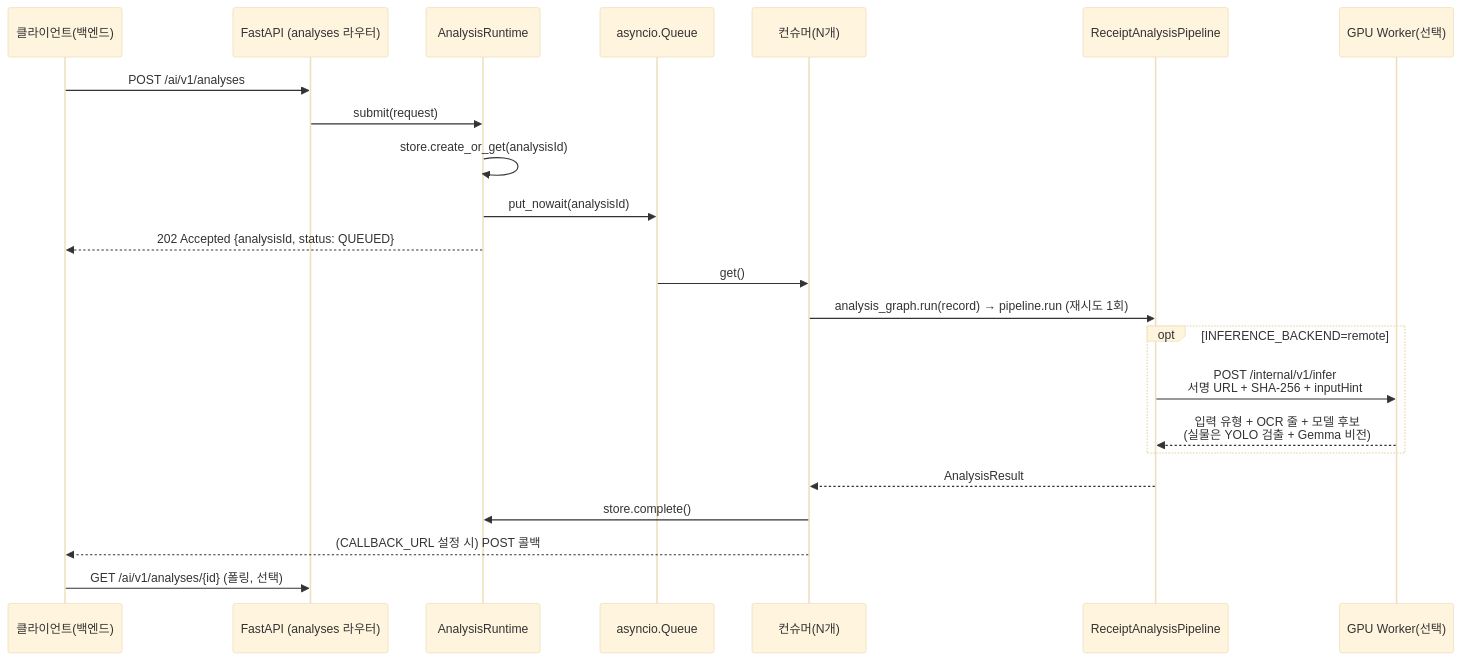
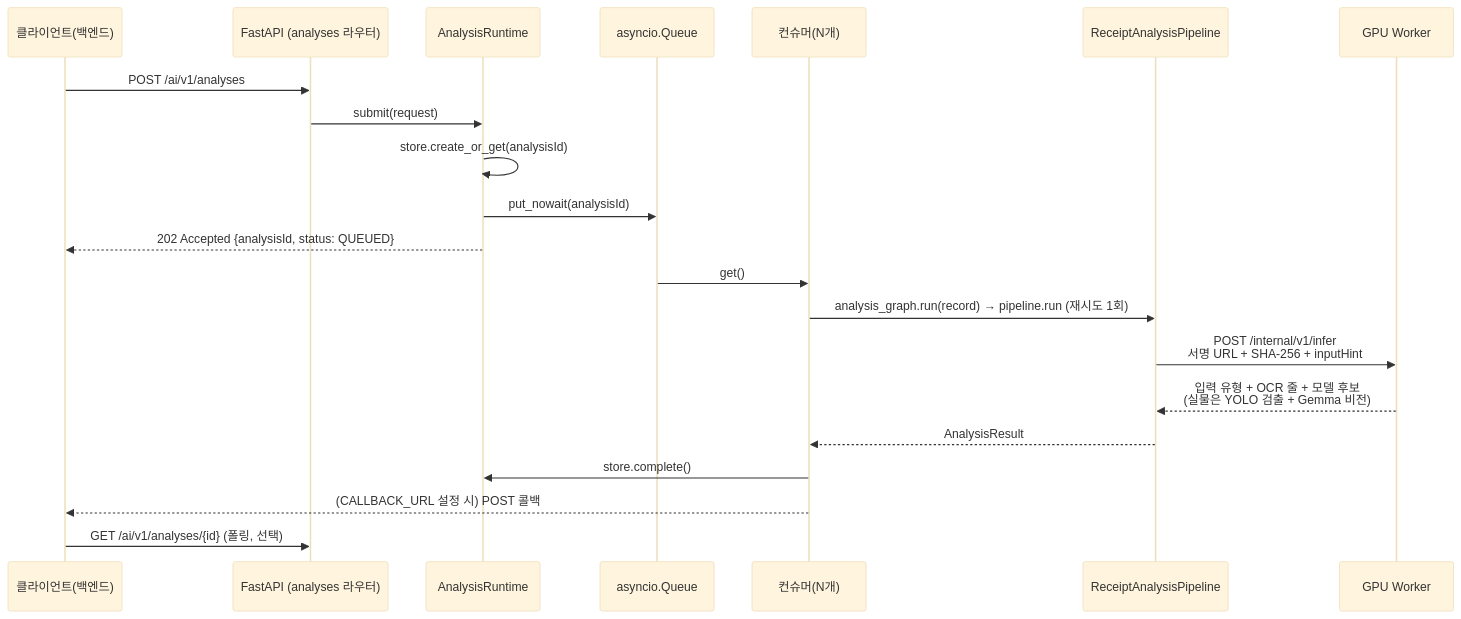
The diagram in fastapi/docs/architecture.md (100-hours-a-week/KTB4-5th-AI), drawn with Mermaid (base theme) before and after one commit. The commit also changed other lines of this file and 26 other files, not shown here.

````diff
--- a/fastapi/docs/architecture.md
+++ b/fastapi/docs/architecture.md
@@ -27,26 +27,24 @@
 ```mermaid
 sequenceDiagram
     participant C as 클라이언트(백엔드)
     participant API as FastAPI (analyses 라우터)
     participant RT as AnalysisRuntime
     participant Q as asyncio.Queue
     participant CO as 컨슈머(N개)
     participant P as ReceiptAnalysisPipeline
-    participant W as GPU Worker(선택)
+    participant W as GPU Worker
 
     C->>API: POST /ai/v1/analyses
     API->>RT: submit(request)
     RT->>RT: store.create_or_get(analysisId)
     RT->>Q: put_nowait(analysisId)
     RT-->>C: 202 Accepted {analysisId, status: QUEUED}
     Q->>CO: get()
     CO->>P: analysis_graph.run(record) → pipeline.run (재시도 1회)
-    opt INFERENCE_BACKEND=remote
-        P->>W: POST /internal/v1/infer<br/>서명 URL + SHA-256 + inputHint
-        W-->>P: 입력 유형 + OCR 줄 + 모델 후보<br/>(실물은 YOLO 검출 + Gemma 비전)
-    end
+    P->>W: POST /internal/v1/infer<br/>서명 URL + SHA-256 + inputHint
+    W-->>P: 입력 유형 + OCR 줄 + 모델 후보<br/>(실물은 YOLO 검출 + Gemma 비전)
     P-->>CO: AnalysisResult
     CO->>RT: store.complete()
     CO-->>C: (CALLBACK_URL 설정 시) POST 콜백
     C->>API: GET /ai/v1/analyses/{id} (폴링, 선택)
 ```
````
